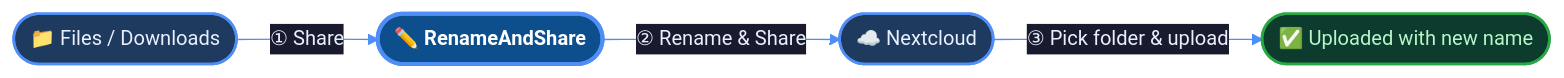
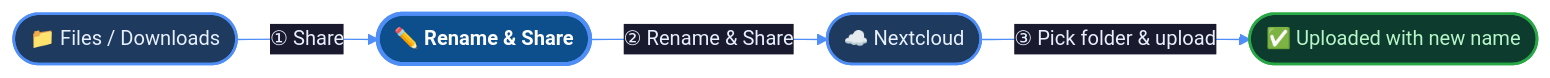
One commit to moonline/Webapp.RenameAndShare changed the diagram in README.md. Above: the diagram before and after it, drawn with Mermaid. The commit also changed other lines of this file, not shown here.

````diff
--- a/README.md
+++ b/README.md
@@ -17,26 +17,26 @@
 ```mermaid
 %%{init: {'theme': 'base', 'themeVariables': {
   'primaryColor': '#1e3a5f',
   'primaryTextColor': '#e8f0fe',
   'primaryBorderColor': '#4f8ef7',
   'lineColor': '#4f8ef7',
   'secondaryColor': '#0d3b66',
   'tertiaryColor': '#1a1a2e',
   'edgeLabelBackground': '#1a1a2e',
   'fontSize': '15px'
 }}}%%
 flowchart LR
     classDef sourceNode  fill:#1e3a5f,stroke:#4f8ef7,stroke-width:2px,color:#e8f0fe,rx:6
     classDef appNode     fill:#0d4f8c,stroke:#4f8ef7,stroke-width:3px,color:#ffffff,font-weight:bold,rx:6
     classDef targetNode  fill:#1e3a5f,stroke:#4f8ef7,stroke-width:2px,color:#e8f0fe,rx:6
     classDef resultNode  fill:#0d3b2e,stroke:#28a745,stroke-width:2px,color:#b8f5c8,rx:6
 
     A(["📁 Files / Downloads"]):::sourceNode
-    B(["✏️ RenameAndShare"]):::appNode
+    B(["✏️ Rename & Share"]):::appNode
     C(["☁️ Nextcloud"]):::targetNode
     D(["✅ Uploaded with new name"]):::resultNode
 
     A -->|"① Share"| B
     B -->|"② Rename & Share"| C
     C -->|"③ Pick folder & upload"| D
 ```
````
